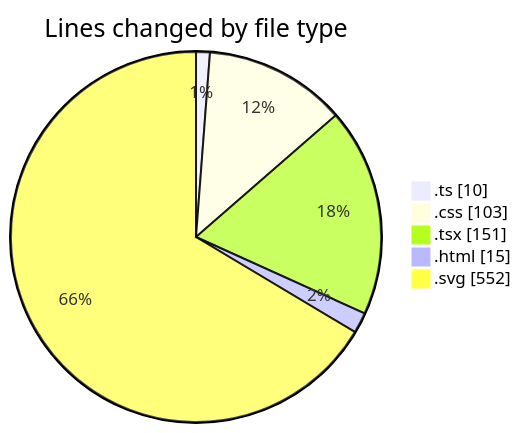
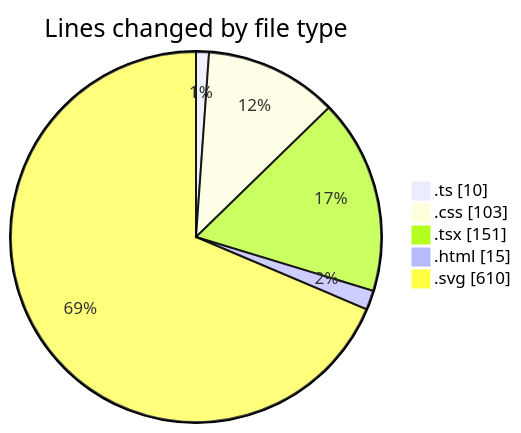
One commit to EIIisD/code-tracking changed the first of 2 diagrams in 2025-07-31/tw-server/README.md. Above: the diagram before and after it, drawn with Mermaid. The commit also changed other lines of this file and 1 other file, not shown here.

````diff
--- a/2025-07-31/tw-server/README.md
+++ b/2025-07-31/tw-server/README.md
@@ -30,9 +30,9 @@
 ```mermaid
 pie showData
 title Lines changed by file type
 ".ts" : 10
 ".css" : 103
 ".tsx" : 151
 ".html" : 15
-".svg" : 552
+".svg" : 610
 ```
````
